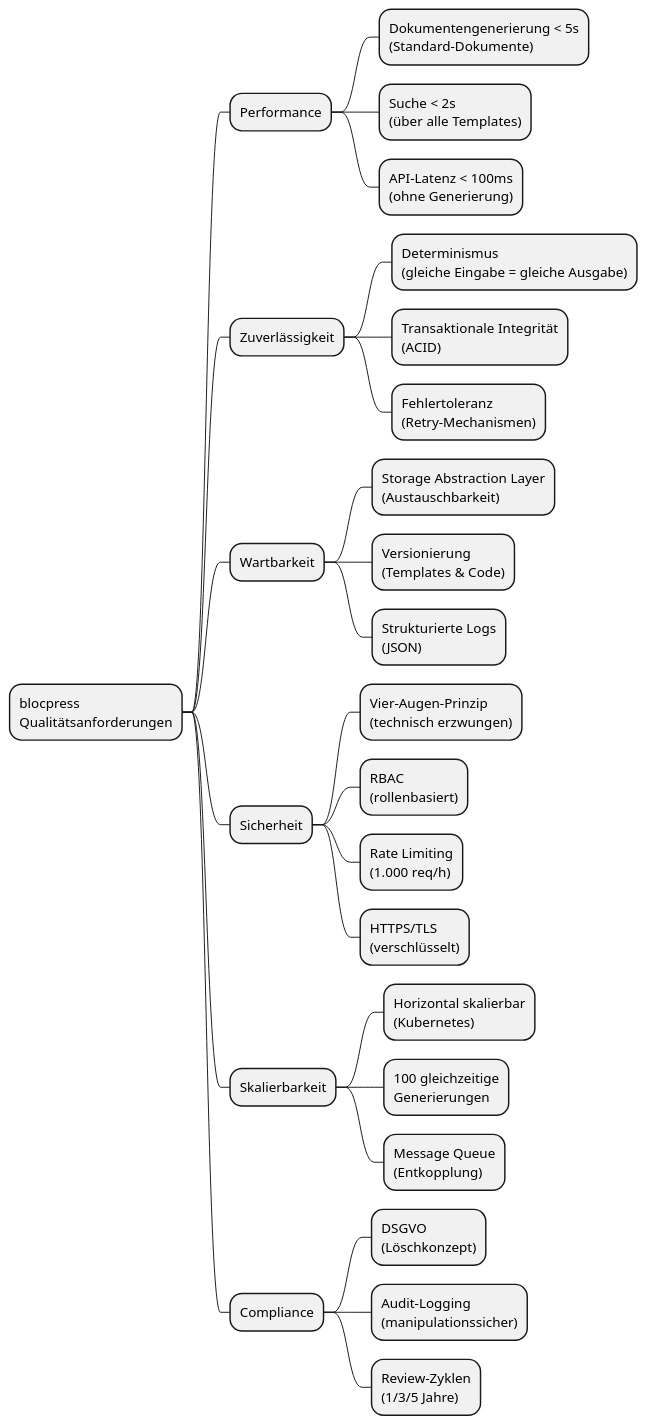
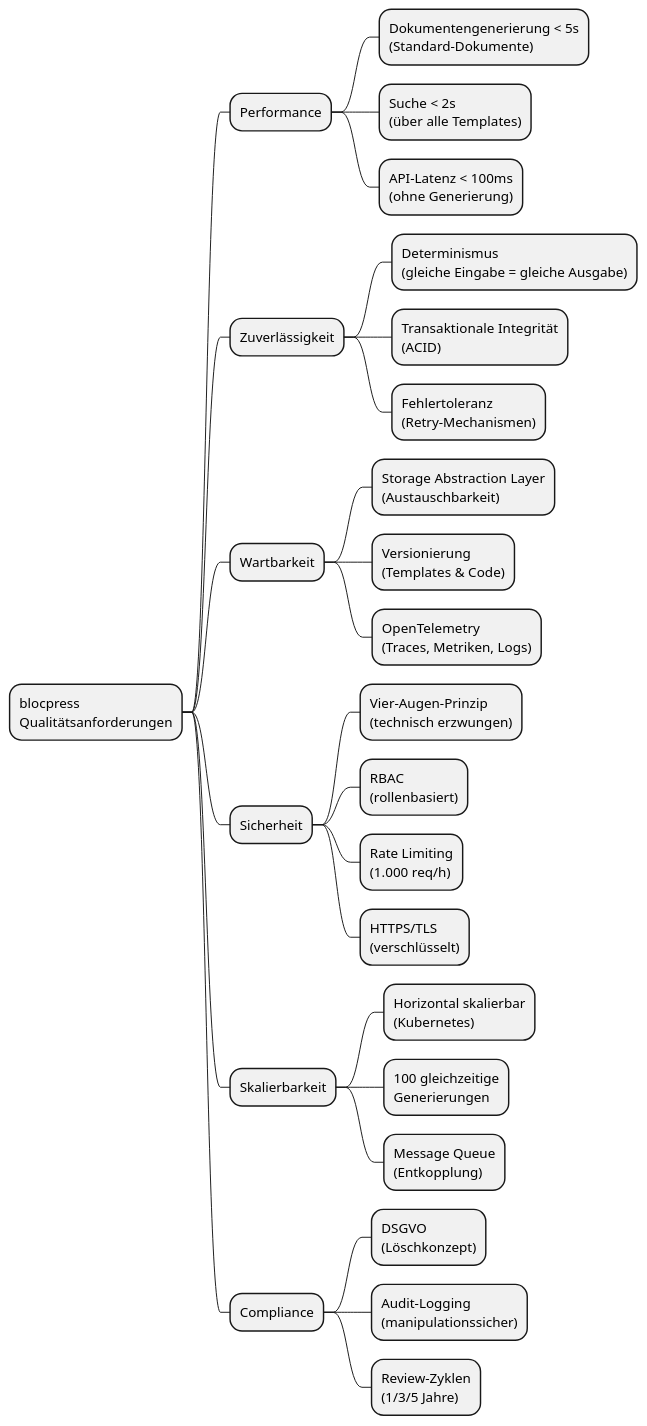
Diagram 12 of 12 in docs/arc42.adoc (flaechsig/blocpress), drawn with PlantUML before and after one commit. The commit also changed other lines of this file and 1 other file, not shown here.

Commit message:
- Monitoring überarbeitet. OpenTelemetry als Lösung dafür verwendet

```diff
--- a/docs/arc42.adoc
+++ b/docs/arc42.adoc
@@ -1710,38 +1679,38 @@
 [plantuml, quality-tree, svg]
 ----
 @startmindmap
 * blocpress\nQualitätsanforderungen
 
 ** Performance
 *** Dokumentengenerierung < 5s\n(Standard-Dokumente)
 *** Suche < 2s\n(über alle Templates)
 *** API-Latenz < 100ms\n(ohne Generierung)
 
 ** Zuverlässigkeit
 *** Determinismus\n(gleiche Eingabe = gleiche Ausgabe)
 *** Transaktionale Integrität\n(ACID)
 *** Fehlertoleranz\n(Retry-Mechanismen)
 
 ** Wartbarkeit
 *** Storage Abstraction Layer\n(Austauschbarkeit)
 *** Versionierung\n(Templates & Code)
-*** Strukturierte Logs\n(JSON)
+*** OpenTelemetry\n(Traces, Metriken, Logs)
 
 ** Sicherheit
 *** Vier-Augen-Prinzip\n(technisch erzwungen)
 *** RBAC\n(rollenbasiert)
 *** Rate Limiting\n(1.000 req/h)
 *** HTTPS/TLS\n(verschlüsselt)
 
 ** Skalierbarkeit
 *** Horizontal skalierbar\n(Kubernetes)
 *** 100 gleichzeitige\nGenerierungen
 *** Message Queue\n(Entkopplung)
 
 ** Compliance
 *** DSGVO\n(Löschkonzept)
 *** Audit-Logging\n(manipulationssicher)
 *** Review-Zyklen\n(1/3/5 Jahre)
 
 @endmindmap
 ----
```
